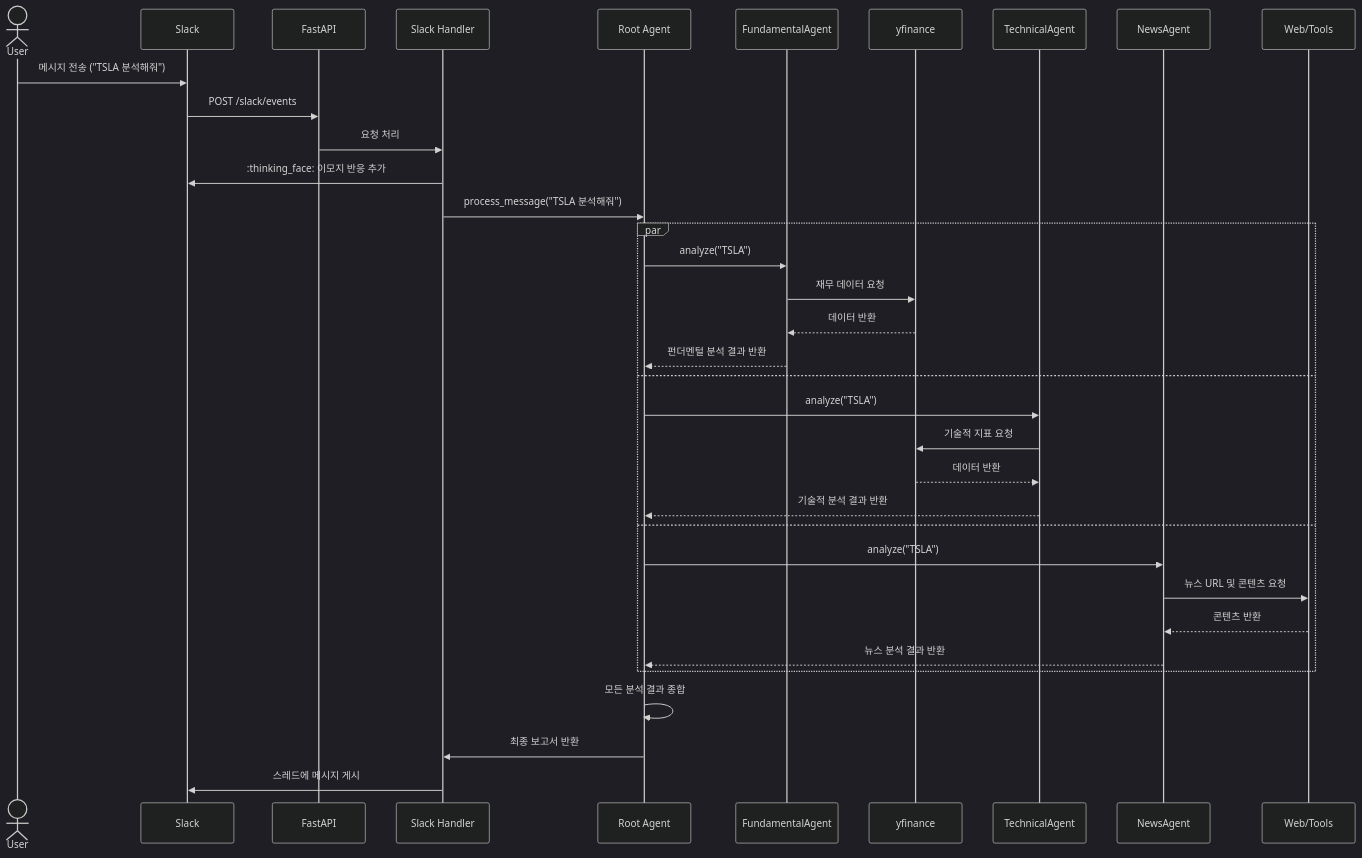
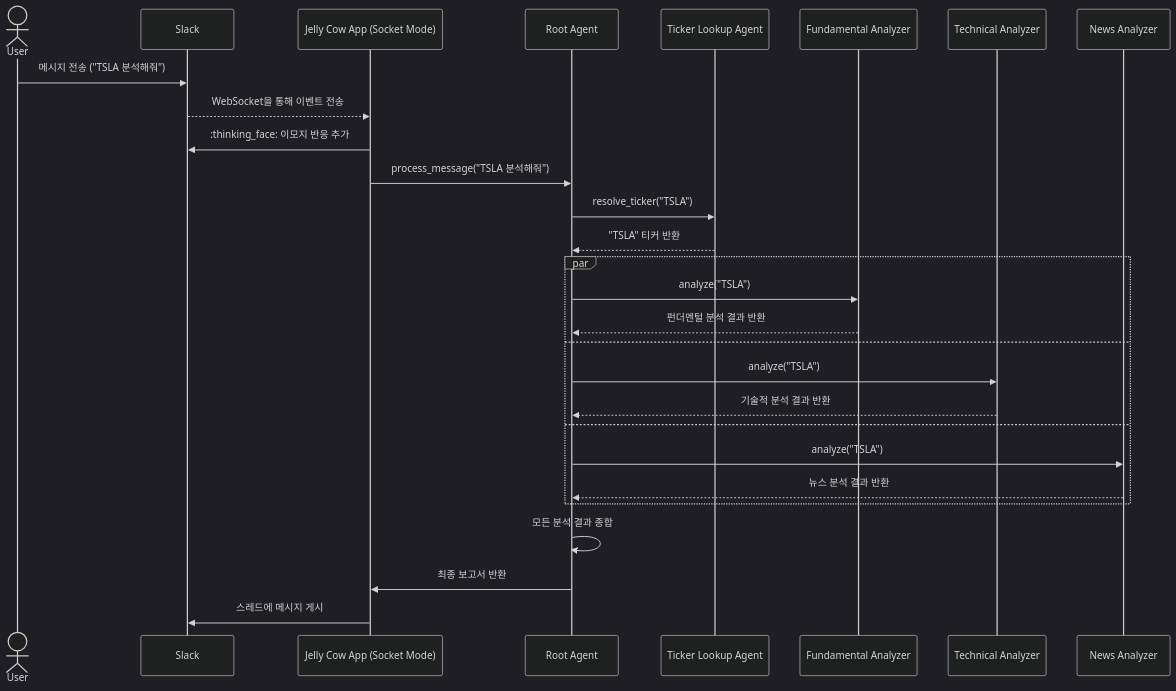
Before and after one commit to BerryGreatTi/jelly_cow: the diagram in README.md, drawn with Mermaid (dark theme). The commit also changed other lines of this file and 1 other file, not shown here.

Commit message:
socket mode readme

````diff
--- a/README.md
+++ b/README.md
@@ -20,35 +20,34 @@
 ```mermaid
 sequenceDiagram
     actor User
     participant Slack
-    participant FastAPI
-    participant SlackBolt as Slack Handler
+    participant JellyCowApp as Jelly Cow App (Socket Mode)
     participant RootAgent as Root Agent
+    participant TickerLookupAgent as Ticker Lookup Agent
+    participant FundamentalAgent as Fundamental Analyzer
+    participant TechnicalAgent as Technical Analyzer
+    participant NewsAgent as News Analyzer
 
     User->>Slack: 메시지 전송 ("TSLA 분석해줘")
-    Slack->>FastAPI: POST /slack/events
-    FastAPI->>SlackBolt: 요청 처리
-    SlackBolt->>Slack: :thinking_face: 이모지 반응 추가
-    SlackBolt->>RootAgent: process_message("TSLA 분석해줘")
+    Slack-->>JellyCowApp: WebSocket을 통해 이벤트 전송
+    JellyCowApp->>Slack: :thinking_face: 이모지 반응 추가
+    JellyCowApp->>RootAgent: process_message("TSLA 분석해줘")
+
+    RootAgent->>TickerLookupAgent: resolve_ticker("TSLA")
+    TickerLookupAgent-->>RootAgent: "TSLA" 티커 반환
 
     par
         RootAgent->>FundamentalAgent: analyze("TSLA")
-        FundamentalAgent->>yfinance: 재무 데이터 요청
-        yfinance-->>FundamentalAgent: 데이터 반환
         FundamentalAgent-->>RootAgent: 펀더멘털 분석 결과 반환
     and
         RootAgent->>TechnicalAgent: analyze("TSLA")
-        TechnicalAgent->>yfinance: 기술적 지표 요청
-        yfinance-->>TechnicalAgent: 데이터 반환
         TechnicalAgent-->>RootAgent: 기술적 분석 결과 반환
     and
         RootAgent->>NewsAgent: analyze("TSLA")
-        NewsAgent->>Web/Tools: 뉴스 URL 및 콘텐츠 요청
-        Web/Tools-->>NewsAgent: 콘텐츠 반환
         NewsAgent-->>RootAgent: 뉴스 분석 결과 반환
     end
 
     RootAgent->>RootAgent: 모든 분석 결과 종합
-    RootAgent->>SlackBolt: 최종 보고서 반환
-    SlackBolt->>Slack: 스레드에 메시지 게시
+    RootAgent->>JellyCowApp: 최종 보고서 반환
+    JellyCowApp->>Slack: 스레드에 메시지 게시
 ```
````
